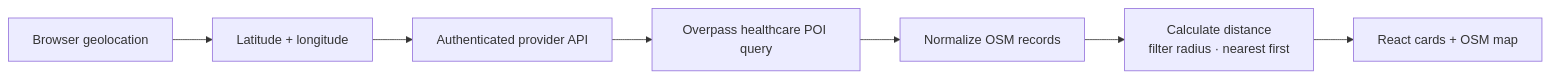
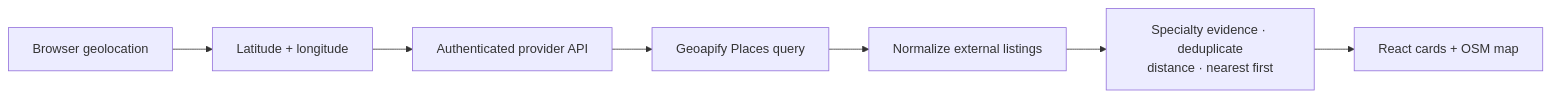
The second of 5 diagrams in README.md (suhanigupta23/Saarthi), drawn with Mermaid before and after one commit. The commit also changed other lines of this file and 17 other files, not shown here.

Commit message:
feat: integrate Geoapify nearby healthcare search with radius fallback

````diff
--- a/README.md
+++ b/README.md
@@ -90,9 +91,9 @@
 ```mermaid
 flowchart LR
     GPS["Browser geolocation"] --> COORDS["Latitude + longitude"]
     COORDS --> API["Authenticated provider API"]
-    API --> OVERPASS["Overpass healthcare POI query"]
-    OVERPASS --> NORMALIZE["Normalize OSM records"]
-    NORMALIZE --> FILTER["Calculate distance<br/>filter radius · nearest first"]
+    API --> GEOAPIFY["Geoapify Places query"]
+    GEOAPIFY --> NORMALIZE["Normalize external listings"]
+    NORMALIZE --> FILTER["Specialty evidence · deduplicate<br/>distance · nearest first"]
     FILTER --> UI["React cards + OSM map"]
 ```
````
